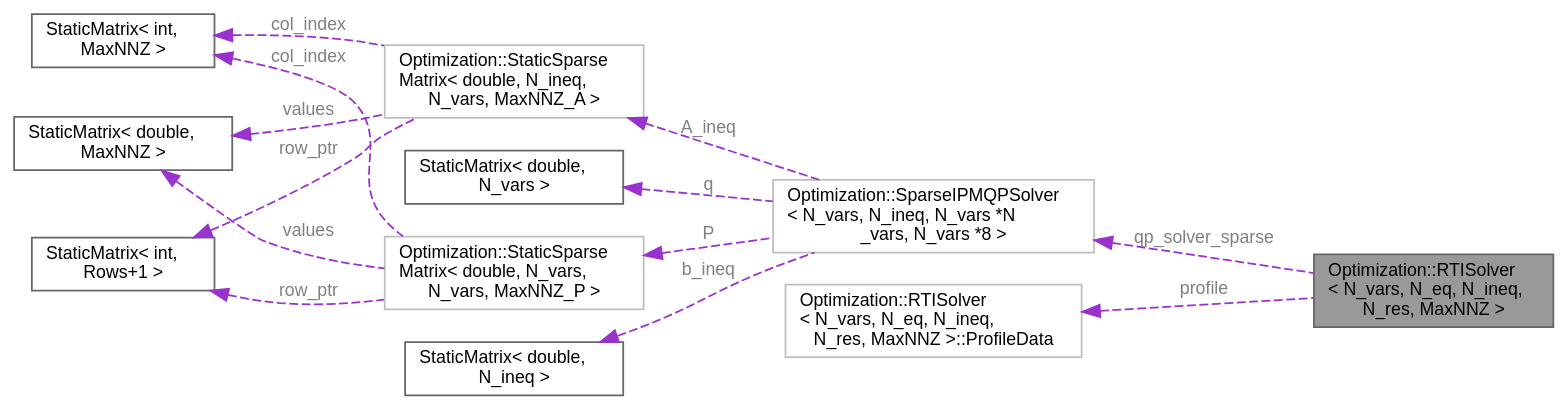
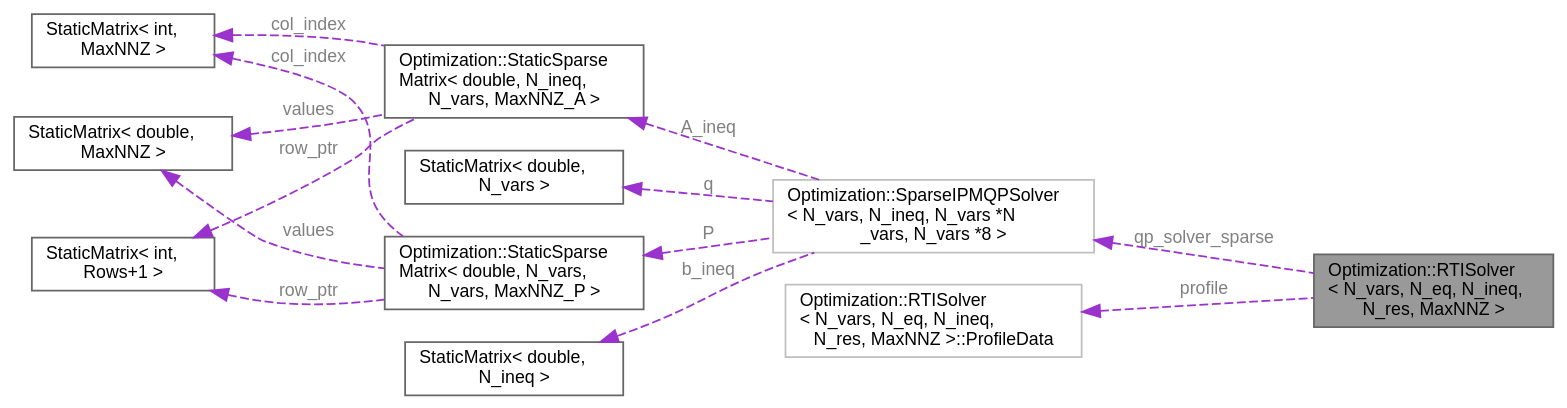
The diagram in classOptimization_1_1RTISolver__coll__graph.dot (jswoo0615/Algorithms_for_Optimization_cpp), drawn with Graphviz before and after one commit. The commit also changed 95 other files, not shown here.

```diff
--- a/classOptimization_1_1RTISolver__coll__graph.dot
+++ b/classOptimization_1_1RTISolver__coll__graph.dot
@@ -1,30 +1,30 @@
 digraph "Optimization::RTISolver&lt; N_vars, N_eq, N_ineq, N_res, MaxNNZ &gt;"
 {
  // LATEX_PDF_SIZE
   bgcolor="transparent";
   edge [fontname=Helvetica,fontsize=10,labelfontname=Helvetica,labelfontsize=10];
   node [fontname=Helvetica,fontsize=10,shape=box,height=0.2,width=0.4];
   rankdir="LR";
   Node1 [id="Node000001",label="Optimization::RTISolver\l\< N_vars, N_eq, N_ineq,\l N_res, MaxNNZ \>",height=0.2,width=0.4,color="gray40", fillcolor="grey60", style="filled", fontcolor="black",tooltip=" "];
   Node2 -> Node1 [id="edge1_Node000001_Node000002",dir="back",color="darkorchid3",style="dashed",tooltip=" ",label=" qp_solver_sparse",fontcolor="grey" ];
   Node2 [id="Node000002",label="Optimization::SparseIPMQPSolver\l\< N_vars, N_ineq, N_vars *N\l_vars, N_vars *8 \>",height=0.2,width=0.4,color="grey75", fillcolor="white", style="filled",URL="$classOptimization_1_1SparseIPMQPSolver.html",tooltip=" "];
   Node3 -> Node2 [id="edge2_Node000002_Node000003",dir="back",color="darkorchid3",style="dashed",tooltip=" ",label=" P",fontcolor="grey" ];
-  Node3 [id="Node000003",label="Optimization::StaticSparse\lMatrix\< double, N_vars,\l N_vars, MaxNNZ_P \>",height=0.2,width=0.4,color="grey75", fillcolor="white", style="filled",URL="$classOptimization_1_1StaticSparseMatrix.html",tooltip=" "];
+  Node3 [id="Node000003",label="Optimization::StaticSparse\lMatrix\< double, N_vars,\l N_vars, MaxNNZ_P \>",height=0.2,width=0.4,color="gray40", fillcolor="white", style="filled",URL="$classOptimization_1_1StaticSparseMatrix.html",tooltip=" "];
   Node4 -> Node3 [id="edge3_Node000003_Node000004",dir="back",color="darkorchid3",style="dashed",tooltip=" ",label=" values",fontcolor="grey" ];
   Node4 [id="Node000004",label="StaticMatrix\< double,\l MaxNNZ \>",height=0.2,width=0.4,color="gray40", fillcolor="white", style="filled",URL="$classStaticMatrix.html",tooltip=" "];
   Node5 -> Node3 [id="edge4_Node000003_Node000005",dir="back",color="darkorchid3",style="dashed",tooltip=" ",label=" col_index",fontcolor="grey" ];
   Node5 [id="Node000005",label="StaticMatrix\< int,\l MaxNNZ \>",height=0.2,width=0.4,color="gray40", fillcolor="white", style="filled",URL="$classStaticMatrix.html",tooltip=" "];
   Node6 -> Node3 [id="edge5_Node000003_Node000006",dir="back",color="darkorchid3",style="dashed",tooltip=" ",label=" row_ptr",fontcolor="grey" ];
   Node6 [id="Node000006",label="StaticMatrix\< int,\l Rows+1 \>",height=0.2,width=0.4,color="gray40", fillcolor="white", style="filled",URL="$classStaticMatrix.html",tooltip=" "];
   Node7 -> Node2 [id="edge6_Node000002_Node000007",dir="back",color="darkorchid3",style="dashed",tooltip=" ",label=" q",fontcolor="grey" ];
   Node7 [id="Node000007",label="StaticMatrix\< double,\l N_vars \>",height=0.2,width=0.4,color="gray40", fillcolor="white", style="filled",URL="$classStaticMatrix.html",tooltip=" "];
   Node8 -> Node2 [id="edge7_Node000002_Node000008",dir="back",color="darkorchid3",style="dashed",tooltip=" ",label=" A_ineq",fontcolor="grey" ];
-  Node8 [id="Node000008",label="Optimization::StaticSparse\lMatrix\< double, N_ineq,\l N_vars, MaxNNZ_A \>",height=0.2,width=0.4,color="grey75", fillcolor="white", style="filled",URL="$classOptimization_1_1StaticSparseMatrix.html",tooltip=" "];
+  Node8 [id="Node000008",label="Optimization::StaticSparse\lMatrix\< double, N_ineq,\l N_vars, MaxNNZ_A \>",height=0.2,width=0.4,color="gray40", fillcolor="white", style="filled",URL="$classOptimization_1_1StaticSparseMatrix.html",tooltip=" "];
   Node4 -> Node8 [id="edge8_Node000008_Node000004",dir="back",color="darkorchid3",style="dashed",tooltip=" ",label=" values",fontcolor="grey" ];
   Node5 -> Node8 [id="edge9_Node000008_Node000005",dir="back",color="darkorchid3",style="dashed",tooltip=" ",label=" col_index",fontcolor="grey" ];
   Node6 -> Node8 [id="edge10_Node000008_Node000006",dir="back",color="darkorchid3",style="dashed",tooltip=" ",label=" row_ptr",fontcolor="grey" ];
   Node9 -> Node2 [id="edge11_Node000002_Node000009",dir="back",color="darkorchid3",style="dashed",tooltip=" ",label=" b_ineq",fontcolor="grey" ];
   Node9 [id="Node000009",label="StaticMatrix\< double,\l N_ineq \>",height=0.2,width=0.4,color="gray40", fillcolor="white", style="filled",URL="$classStaticMatrix.html",tooltip=" "];
   Node10 -> Node1 [id="edge12_Node000001_Node000010",dir="back",color="darkorchid3",style="dashed",tooltip=" ",label=" profile",fontcolor="grey" ];
   Node10 [id="Node000010",label="Optimization::RTISolver\l\< N_vars, N_eq, N_ineq,\l N_res, MaxNNZ \>::ProfileData",height=0.2,width=0.4,color="grey75", fillcolor="white", style="filled",URL="$structOptimization_1_1RTISolver_1_1ProfileData.html",tooltip=" "];
 }
```
